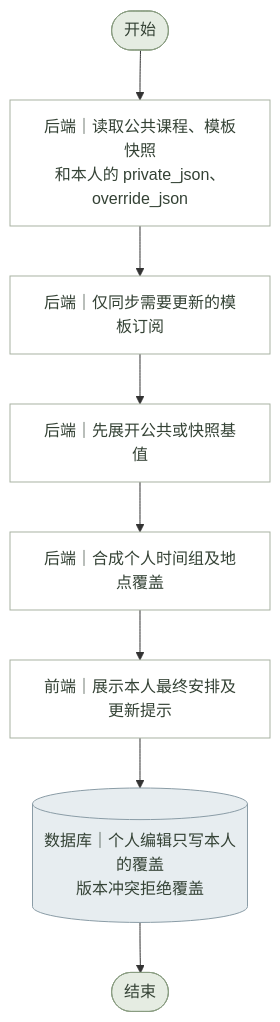
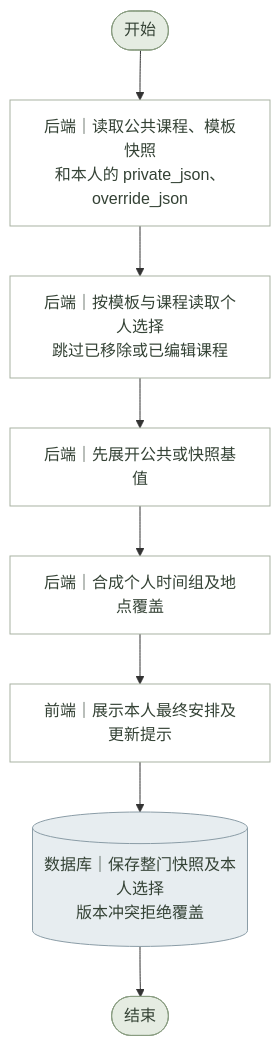
The diagram in 需求文档/课表功能/流程图源文件/系统流程图/个人优先与公共同步.mmd (lichen-lc123/class-assistant), drawn with Mermaid before and after one commit. The commit also changed 42 other files, not shown here.

```diff
--- a/需求文档/课表功能/流程图源文件/系统流程图/个人优先与公共同步.mmd
+++ b/需求文档/课表功能/流程图源文件/系统流程图/个人优先与公共同步.mmd
@@ -1,30 +1,30 @@
 %% 个人优先与公共同步 · 系统流程图 · 当前版 · 2026-11-09
 flowchart TD
     N0(["开始"])
     N1["后端｜读取公共课程、模板快照<br/>和本人的 private_json、override_json"]
-    N2["后端｜仅同步需要更新的模板订阅"]
+    N2["后端｜按模板与课程读取个人选择<br/>跳过已移除或已编辑课程"]
     N3["后端｜先展开公共或快照基值"]
     N4["后端｜合成个人时间组及地点覆盖"]
     N5["前端｜展示本人最终安排及更新提示"]
-    N6[("数据库｜个人编辑只写本人的覆盖<br/>版本冲突拒绝覆盖")]
+    N6[("数据库｜保存整门快照及本人选择<br/>版本冲突拒绝覆盖")]
     N7(["结束"])
     N0 --> N1
     N1 --> N2
     N2 --> N3
     N3 --> N4
     N4 --> N5
     N5 --> N6
     N6 --> N7
     classDef normal fill:#FFFFFF,stroke:#A8B2A2,color:#344235;
     classDef decision fill:#F0ECE2,stroke:#A69B83,color:#344235;
     classDef terminal fill:#E5ECE2,stroke:#8A9D82,color:#344235;
     classDef exception fill:#F2EAE6,stroke:#B09B91,color:#344235;
     classDef database fill:#E7EDF0,stroke:#8A9CA6,color:#344235;
     class N0 terminal;
     class N1 normal;
     class N2 normal;
     class N3 normal;
     class N4 normal;
     class N5 normal;
     class N6 database;
     class N7 terminal;
```
